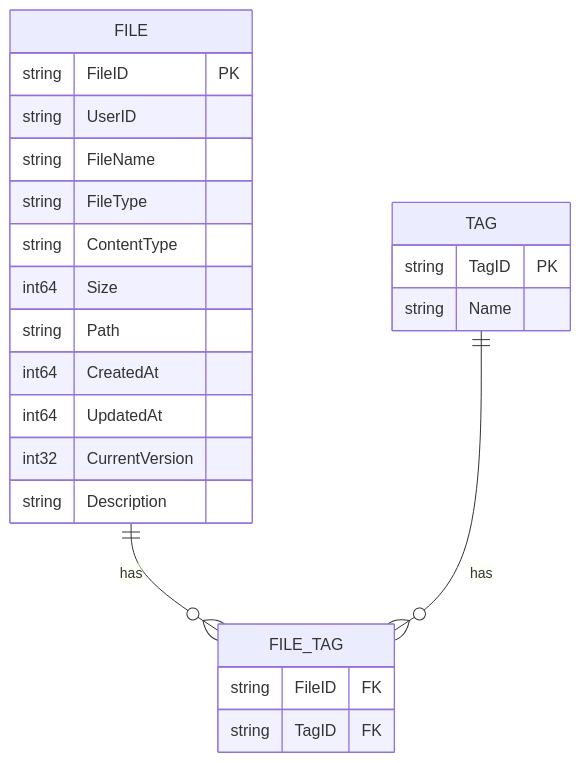
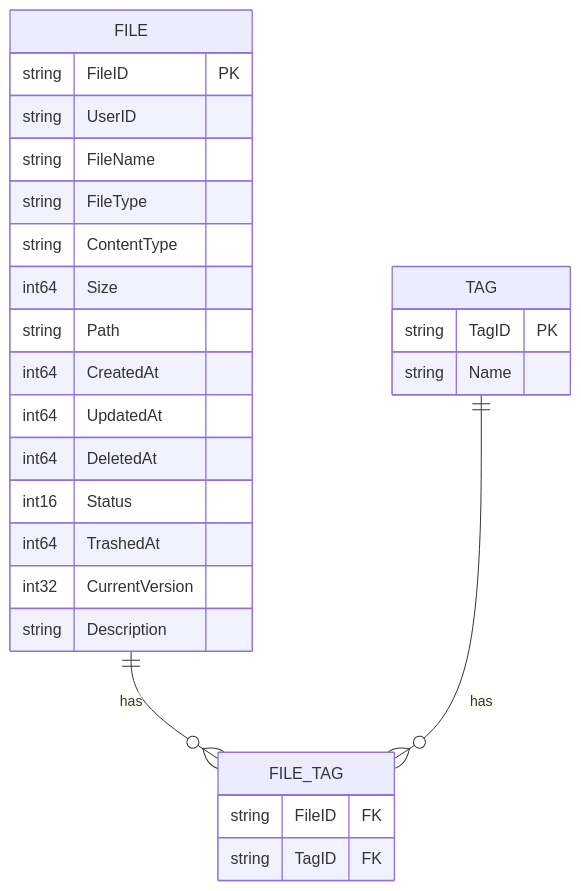
The eighth of 11 diagrams in docs/listfiles.md (yeisme/NoteVault), drawn with Mermaid before and after one commit. The commit also changed 16 other files, not shown here.

````diff
--- a/docs/listfiles.md
+++ b/docs/listfiles.md
@@ -142,26 +142,29 @@
 ```mermaid
 erDiagram
     FILE ||--o{ FILE_TAG : has
     TAG ||--o{ FILE_TAG : has
     FILE {
         string FileID PK
         string UserID
         string FileName
         string FileType
         string ContentType
         int64 Size
         string Path
         int64 CreatedAt
         int64 UpdatedAt
+        int64 DeletedAt
+        int16 Status
+        int64 TrashedAt
         int32 CurrentVersion
         string Description
     }
     TAG {
         string TagID PK
         string Name
     }
     FILE_TAG {
         string FileID FK
         string TagID FK
     }
 ```
````
